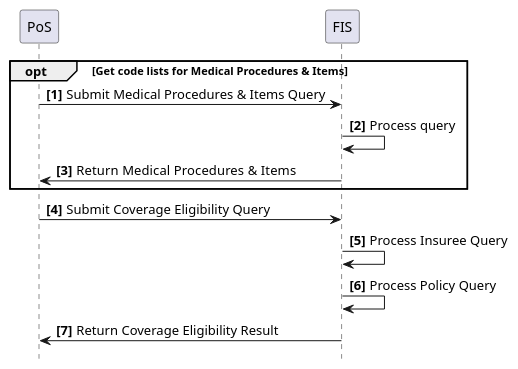
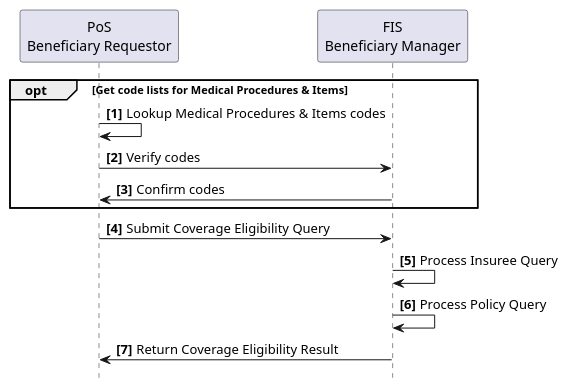
One commit to IHE/ITI.Finance changed the diagram in input/images-source/usecase3-processflow.plantuml. Above: the diagram before and after it, drawn with PlantUML. The commit also changed 4 other files, not shown here.

Commit message:
Fixed some typos and updated diagrams to match updated use case descriptions.

```diff
--- a/input/images-source/usecase3-processflow.plantuml
+++ b/input/images-source/usecase3-processflow.plantuml
@@ -1,22 +1,21 @@
 @startuml
 skinparam svgDimensionStyle false
 hide footbox
 autonumber "<b>[0]"
 
-participant PoS
-participant FIS
+participant "PoS\nBeneficiary Requestor" as App
+participant "FIS\nBeneficiary Manager" as FIS
 
 
 opt Get code lists for Medical Procedures & Items
-	PoS -> FIS: Submit Medical Procedures & Items Query
-	FIS -> FIS: Process query
-	FIS -> PoS: Return  Medical Procedures & Items
+	App -> App: Lookup Medical Procedures & Items codes
+	App -> FIS: Verify codes
+	FIS -> App: Confirm codes
 end opt
- 
 
-PoS -> FIS: Submit Coverage Eligibility Query
+App -> FIS: Submit Coverage Eligibility Query
 FIS -> FIS: Process Insuree Query
 FIS -> FIS: Process Policy Query
-FIS -> PoS: Return Coverage Eligibility Result
+FIS -> App: Return Coverage Eligibility Result
 
 @enduml
```
